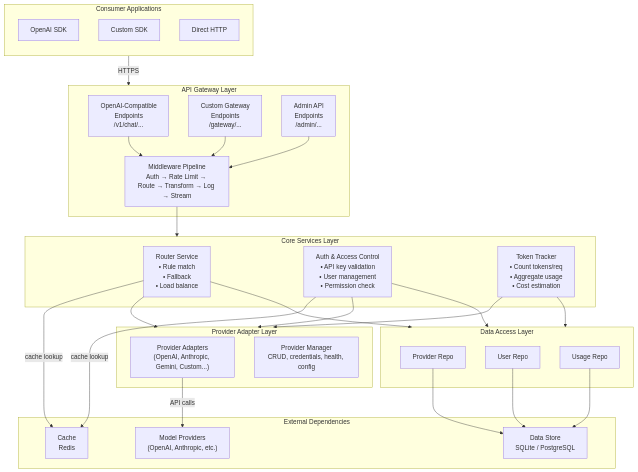
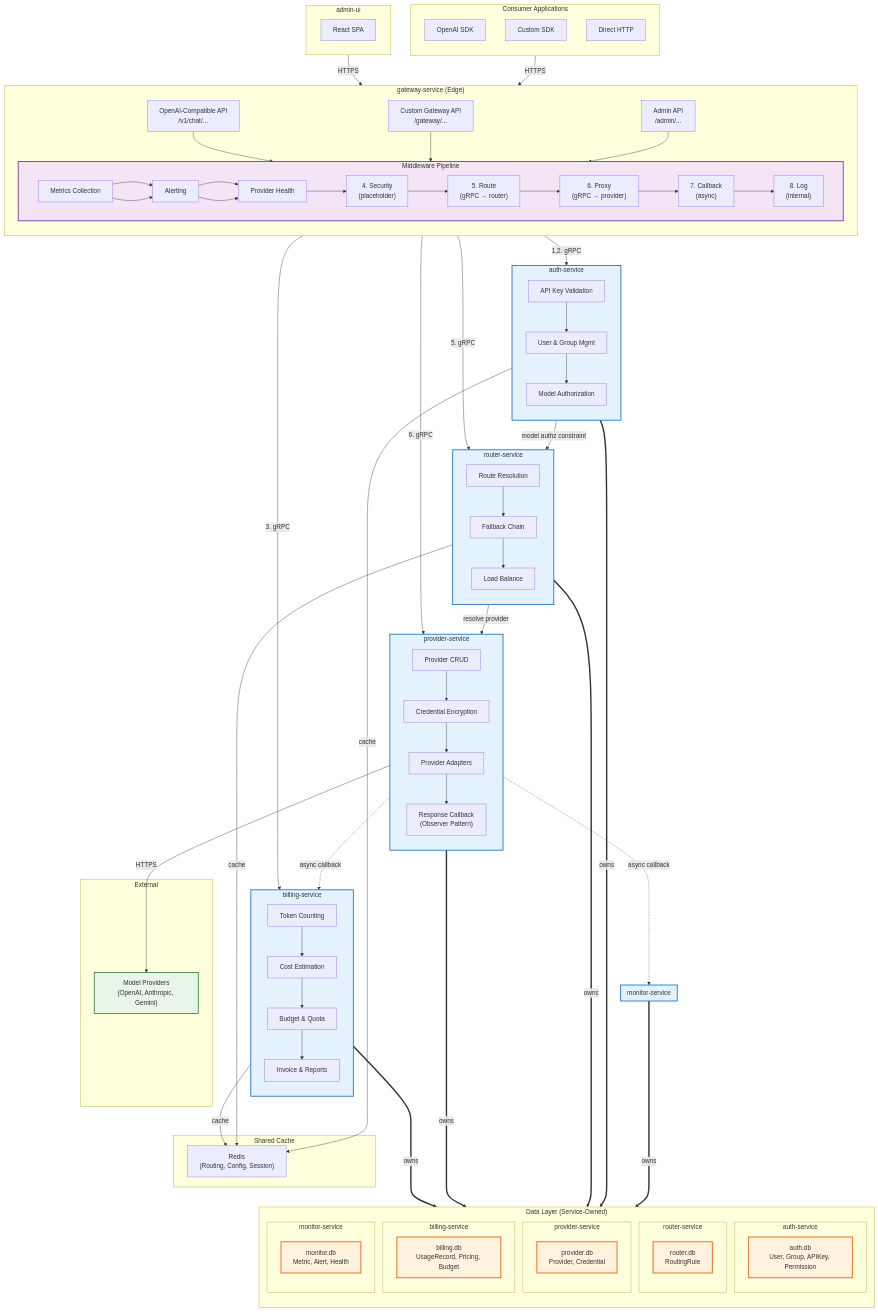
The first of 7 diagrams in docs/architecture_design.md (xiaozhaolhg/ai-api-gateway), drawn with Mermaid before and after one commit. The commit also changed other lines of this file and 19 other files, not shown here.

````diff
--- a/docs/architecture_design.md
+++ b/docs/architecture_design.md
@@ -23,42 +29,145 @@
         C3["Direct HTTP"]
     end
 
-    subgraph APIGateway["API Gateway Layer"]
-        E1["OpenAI-Compatible<br/>Endpoints<br/>/v1/chat/..."]
-        E2["Custom Gateway<br/>Endpoints<br/>/gateway/..."]
-        E3["Admin API<br/>Endpoints<br/>/admin/..."]
-        MW["Middleware Pipeline<br/>Auth → Rate Limit → Route → Transform → Log → Stream"]
-        E1 & E2 & E3 --> MW
+    subgraph AdminUI["admin-ui"]
+        UI1["React SPA"]
     end
 
-    subgraph CoreServices["Core Services Layer"]
-        RS["Router Service<br/>• Rule match<br/>• Fallback<br/>• Load balance"]
-        AC["Auth & Access Control<br/>• API key validation<br/>• User management<br/>• Permission check"]
-        TT["Token Tracker<br/>• Count tokens/req<br/>• Aggregate usage<br/>• Cost estimation"]
+    subgraph External["External"]
+        MP["Model Providers<br/>(OpenAI, Anthropic, Gemini)"]
     end
 
-    subgraph ProviderAdapter["Provider Adapter Layer"]
-        PA["Provider Adapters<br/>(OpenAI, Anthropic, Gemini, Custom...)"]
-        PM["Provider Manager<br/>CRUD, credentials, health, config"]
+    subgraph GatewayLayer["gateway-service (Edge)"]
+        direction TB
+        G1["OpenAI-Compatible API<br/>/v1/chat/..."]
+        G2["Custom Gateway API<br/>/gateway/..."]
+        G3["Admin API<br/>/admin/..."]
+        
+        subgraph Middleware["Middleware Pipeline"]
+            direction LR
+            M1["1. Auth<br/>(gRPC → auth)"]
+            M2["2. Authz<br/>(gRPC → auth)"]
+            M3["3. RateLimit<br/>(gRPC → billing)"]
+            M4["4. Security<br/>(placeholder)"]
+            M5["5. Route<br/>(gRPC → router)"]
+            M6["6. Proxy<br/>(gRPC → provider)"]
+            M7["7. Callback<br/>(async)"]
+            M8["8. Log<br/>(internal)"]
+            M1 --> M2 --> M3 --> M4 --> M5 --> M6 --> M7 --> M8
+        end
+        
+        G1 & G2 & G3 --> Middleware
     end
 
-    subgraph DataAccess["Data Access Layer<br/>"]
-        DR["Provider Repo"]
-        UR["User Repo"]
-        UAR["Usage Repo"]
+    subgraph AuthService["auth-service"]
+        direction TB
+        A1["API Key Validation"]
+        A2["User & Group Mgmt"]
+        A3["Model Authorization"]
+        A1 --> A2 --> A3
     end
 
-    subgraph External["External Dependencies"]
-        DS["Data Store<br/>SQLite / PostgreSQL"]
-        CA["Cache<br/>Redis"]
-        MP["Model Providers<br/>(OpenAI, Anthropic, etc.)"]
+    subgraph RouterService["router-service"]
+        direction TB
+        R1["Route Resolution"]
+        R2["Fallback Chain"]
+        R3["Load Balance"]
+        R1 --> R2 --> R3
     end
 
-    Consumers -->|"HTTPS"| APIGateway
-    MW --> CoreServices
-    RS & AC & TT --> ProviderAdapter
-    RS & AC & TT --> DataAccess
-    PA -->|"API calls"| MP
-    DR & UR & UAR --> DS
-    RS & AC -->|"cache lookup"| CA
+    subgraph ProviderService["provider-service"]
+        direction TB
+        P1["Provider CRUD"]
+        P2["Credential Encryption"]
+        P3["Provider Adapters"]
+        P4["Response Callback<br/>(Observer Pattern)"]
+        P1 --> P2 --> P3 --> P4
+    end
+
+    subgraph BillingService["billing-service"]
+        direction TB
+        B1["Token Counting"]
+        B2["Cost Estimation"]
+        B3["Budget & Quota"]
+        B4["Invoice & Reports"]
+        B1 --> B2 --> B3 --> B4
+    end
+
+    subgraph MonitorService["monitor-service"]
+        direction TB
+        M1["Metrics Collection"]
+        M2["Alerting"]
+        M3["Provider Health"]
+        M1 --> M2 --> M3
+    end
+
+    subgraph DataLayer["Data Layer (Service-Owned)"]
+        direction TB
+        
+        subgraph AuthData["auth-service"]
+            AuthDB["auth.db<br/>User, Group, APIKey, Permission"]
+        end
+        
+        subgraph RouterData["router-service"]
+            RouterDB["router.db<br/>RoutingRule"]
+        end
+        
+        subgraph ProviderData["provider-service"]
+            ProviderDB["provider.db<br/>Provider, Credential"]
+        end
+        
+        subgraph BillingData["billing-service"]
+            BillingDB["billing.db<br/>UsageRecord, Pricing, Budget"]
+        end
+        
+        subgraph MonitorData["monitor-service"]
+            MonitorDB["monitor.db<br/>Metric, Alert, Health"]
+        end
+    end
+
+    subgraph Cache["Shared Cache"]
+        Redis["Redis<br/>(Routing, Config, Session)"]
+    end
+
+    %% External connections
+    Consumers -->|"HTTPS"| G1
+    AdminUI -->|"HTTPS"| G3
+    
+    %% Gateway to services
+    Middleware -->|"1,2. gRPC"| AuthService
+    Middleware -->|"5. gRPC"| RouterService
+    Middleware -->|"3. gRPC"| BillingService
+    Middleware -->|"6. gRPC"| ProviderService
+    
+    %% Service relationships
+    AuthService -->|"model authz constraint"| RouterService
+    RouterService -->|"resolve provider"| ProviderService
+    
+    %% Provider callback (observer pattern)
+    ProviderService -.->|"async callback"| BillingService
+    ProviderService -.->|"async callback"| MonitorService
+    
+    %% Provider to external
+    ProviderService -->|"HTTPS"| MP
+    
+    %% Service to Data (ownership)
+    AuthService ===>|owns| AuthDB
+    RouterService ===>|owns| RouterDB
+    ProviderService ===>|owns| ProviderDB
+    BillingService ===>|owns| BillingDB
+    MonitorService ===>|owns| MonitorDB
+    
+    %% Cache connections
+    AuthService & RouterService & BillingService -->|"cache"| Redis
+    
+    %% Styling
+    classDef service fill:#e3f2fd,stroke:#1565c0,stroke-width:2px
+    classDef data fill:#fff3e0,stroke:#e65100,stroke-width:2px
+    classDef middleware fill:#f3e5f5,stroke:#7b1fa2,stroke-width:2px
+    classDef external fill:#e8f5e9,stroke:#2e7d32,stroke-width:2px
+    
+    class AuthService,RouterService,ProviderService,BillingService,MonitorService service
+    class AuthDB,RouterDB,ProviderDB,BillingDB,MonitorDB data
+    class Middleware middleware
+    class MP external
 ```
````
